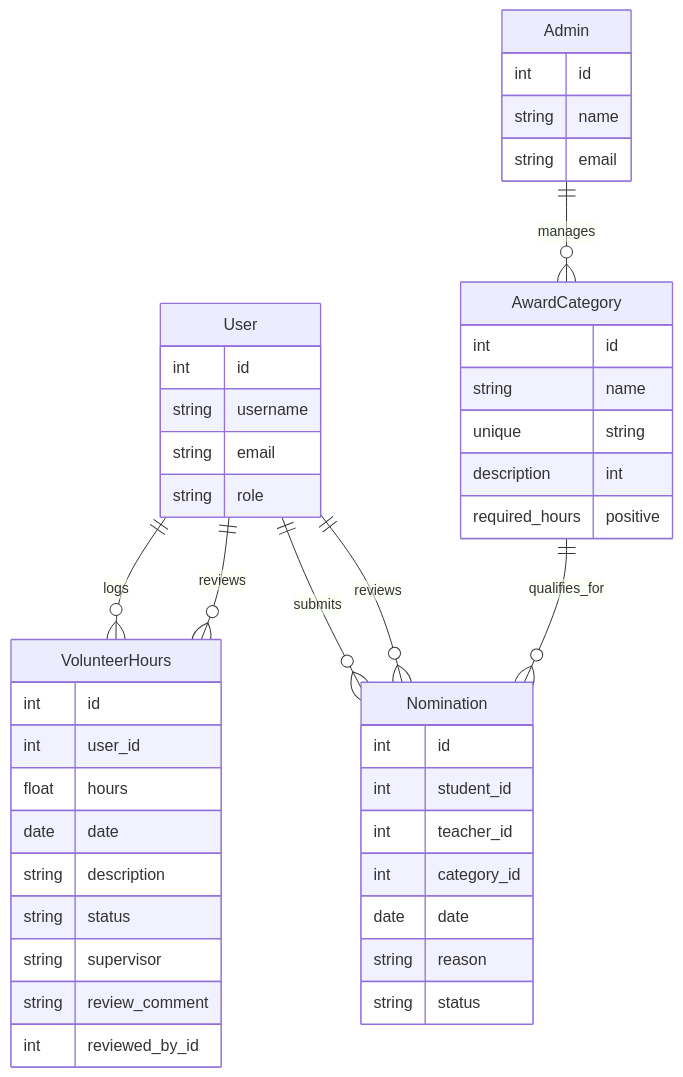
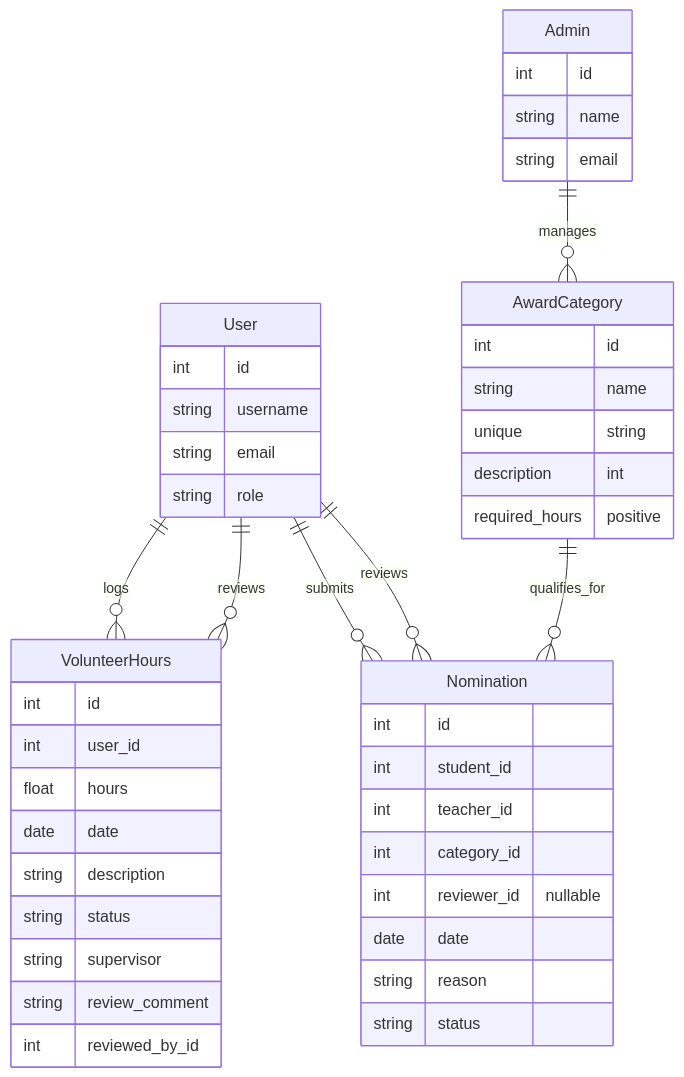
One commit to Cyborg2169/comp3613a1 changed the diagram in docs/report.md. Above: the diagram before and after it, drawn with Mermaid. The commit also changed other lines of this file and 10 other files, not shown here.

````diff
--- a/docs/report.md
+++ b/docs/report.md
@@ -32,51 +32,52 @@
 ```mermaid
 erDiagram
     User {
         int id
         string username
         string email
         string role
     }
 
     Admin {
         int id
         string name
         string email
     }
 
     VolunteerHours {
         int id
         int user_id
         float hours
         date date
         string description
         string status
         string supervisor
         string review_comment
         int reviewed_by_id
     }
 
     AwardCategory {
         int id
         string name unique
         string description
         int required_hours positive
     }
 
     Nomination {
         int id
         int student_id
         int teacher_id
         int category_id
+        int reviewer_id "nullable"
         date date
         string reason
         string status
     }
 
     User ||--o{ VolunteerHours : logs
     User ||--o{ VolunteerHours : reviews
     User ||--o{ Nomination : submits
     User ||--o{ Nomination : reviews
     AwardCategory ||--o{ Nomination : qualifies_for
     Admin ||--o{ AwardCategory : manages
 ```
````
